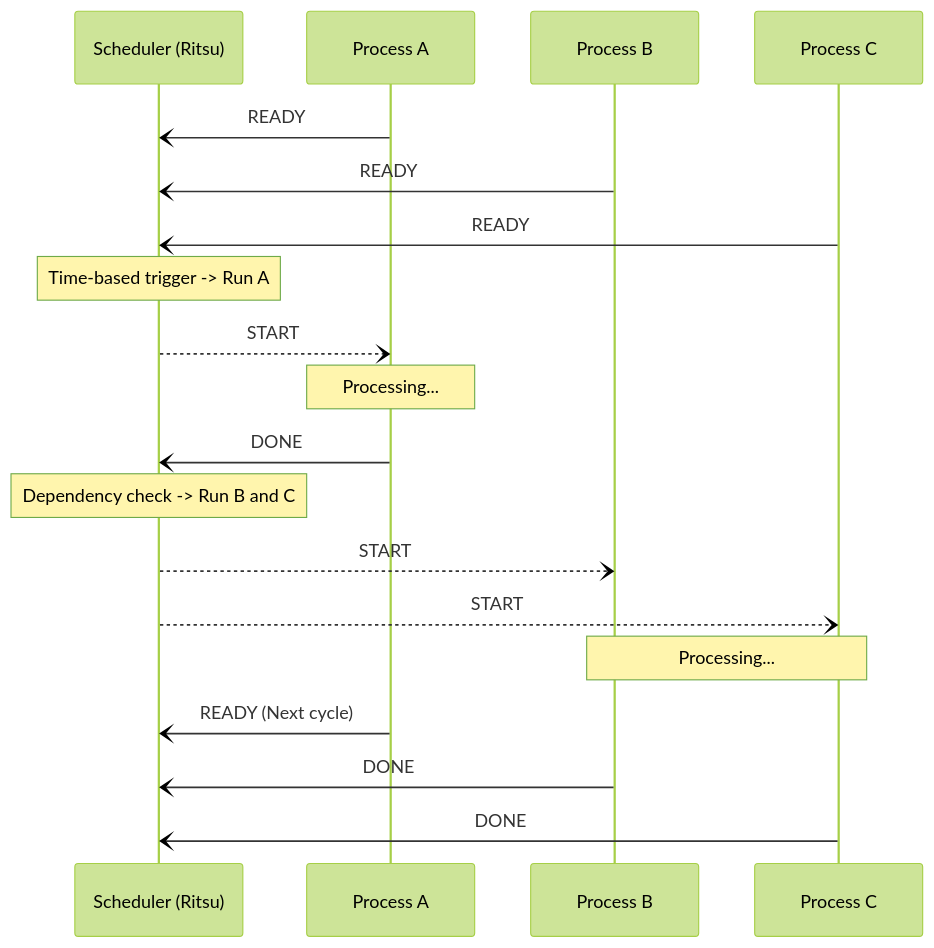
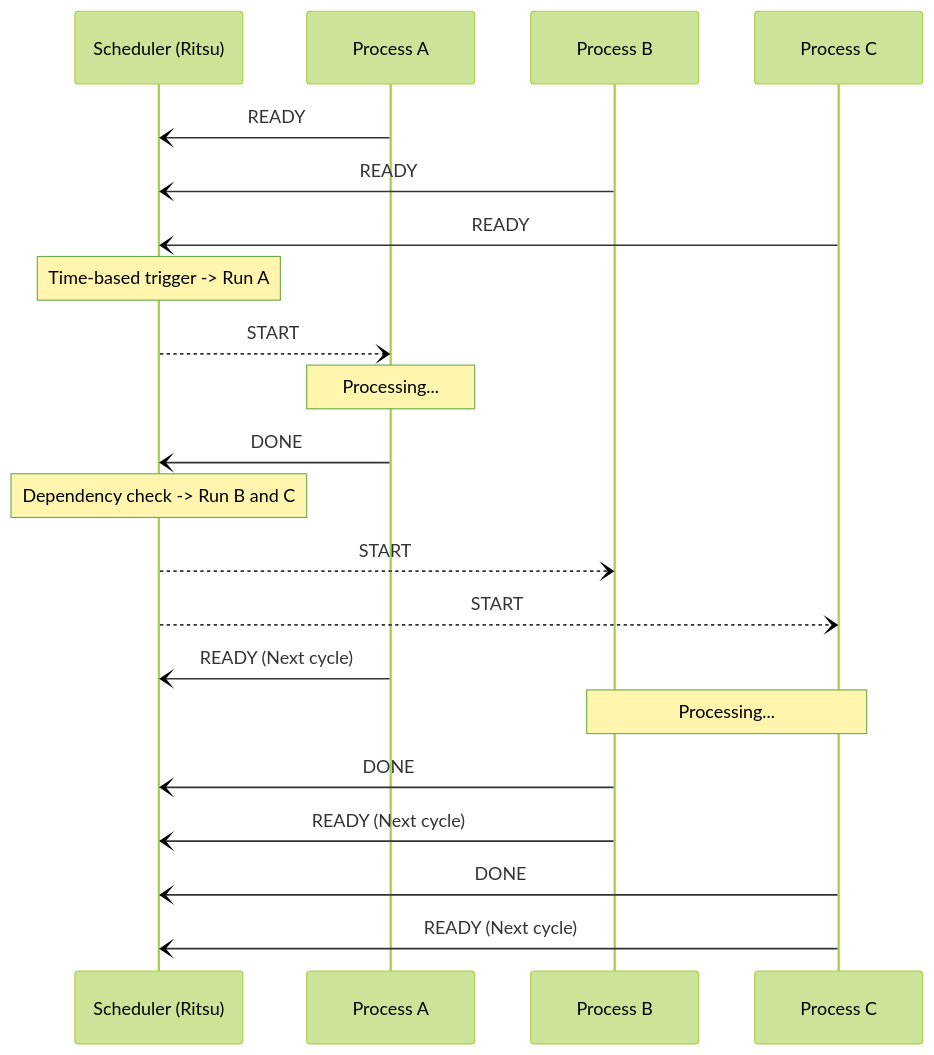
The diagram in README.md (nao-kawano/ritsu-scheduler), drawn with Mermaid (forest theme) before and after one commit.

Commit message:
docs: align sequence diagram with full client lifecycle in README
Update the scheduling sequence diagram to explicitly show clients transitioning to the READY state for the next cycle immediately following task completion, accurately illustrating the cyclic synchronization model.

````diff
--- a/README.md
+++ b/README.md
@@ -89,25 +89,27 @@
 ```mermaid
 sequenceDiagram
   participant S as Scheduler (Ritsu)
   participant A as Process A
   participant B as Process B
   participant C as Process C
 
   A -) S: READY
   B -) S: READY
   C -) S: READY
 
   Note over S: Time-based trigger -> Run A
   S --) A: START
   Note over A: Processing...
   A -) S: DONE
 
   Note over S: Dependency check -> Run B and C
   S --) B: START
   S --) C: START
+  A -) S: READY (Next cycle)
   Note over B,C: Processing...
 
-  A -) S: READY (Next cycle)
   B -) S: DONE
+  B -) S: READY (Next cycle)
   C -) S: DONE
+  C -) S: READY (Next cycle)
 ```
````
